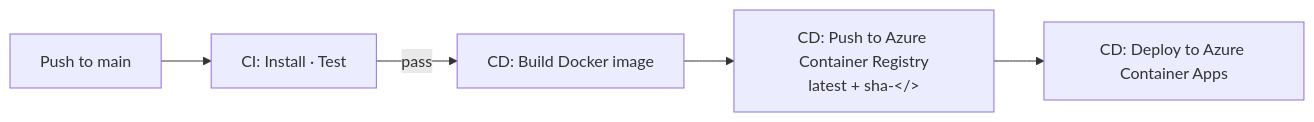
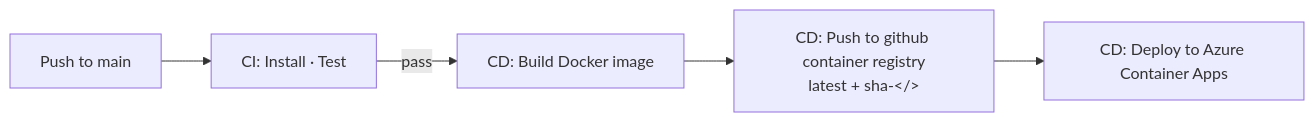
One commit to MagMc007/Kiray changed the second of 2 diagrams in README.md. Above: the diagram before and after it, drawn with Mermaid. The commit also changed other lines of this file, not shown here.

````diff
--- a/README.md
+++ b/README.md
@@ -197,7 +197,7 @@
 ```mermaid
 flowchart LR
     A[Push to main] --> B[CI: Install · Test]
     B -->|pass| C[CD: Build Docker image]
-    C --> D[CD: Push to Azure Container Registry<br/>latest + sha-&lt;/&gt;]
+    C --> D[CD: Push to github container registry<br/>latest + sha-&lt;/&gt;]
     D --> E[CD: Deploy to Azure Container Apps]
 ```
````
